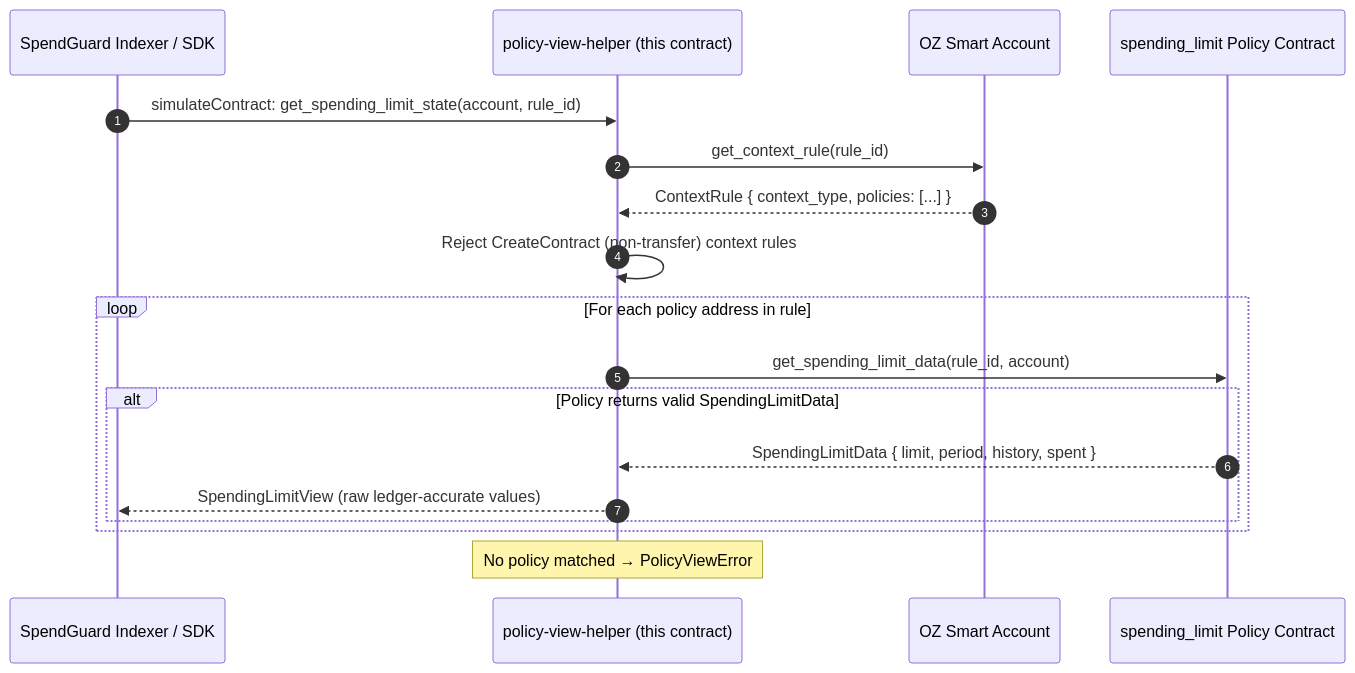
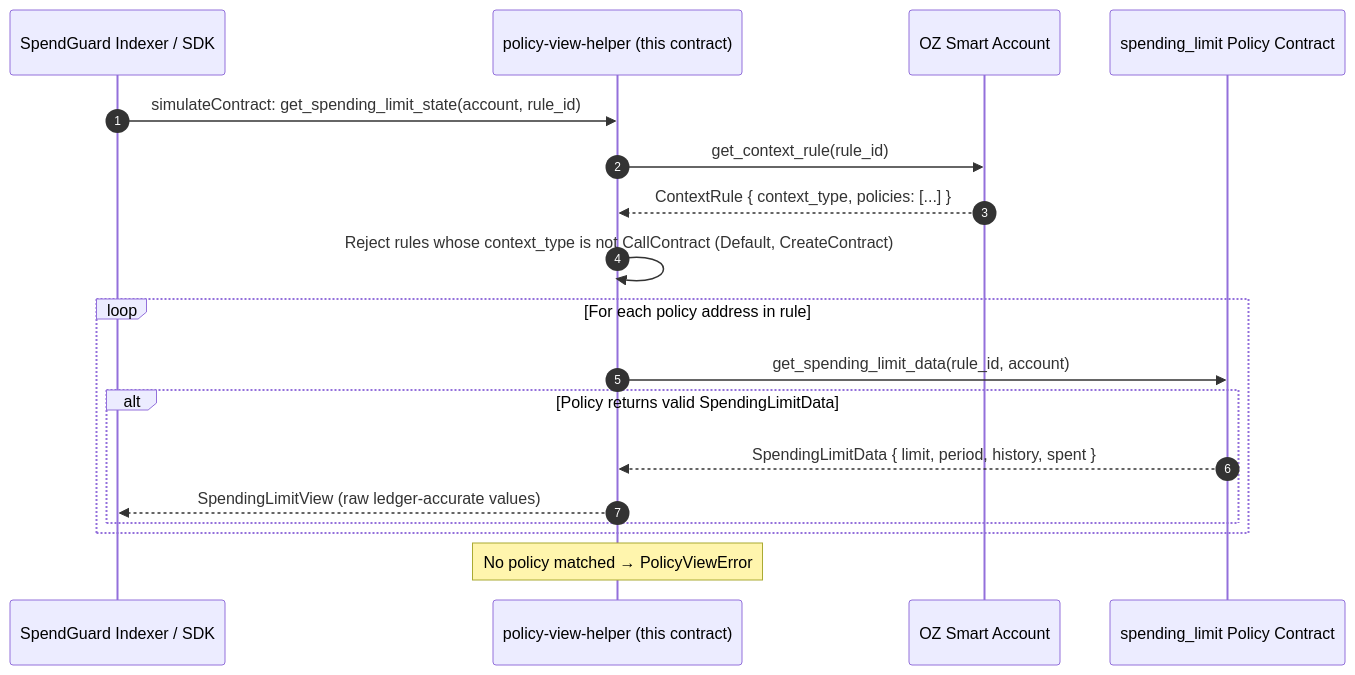
Before and after one commit to Spendguard/spendguard-contract: the diagram in README.md, drawn with Mermaid. The commit also changed 2 other files, not shown here.

Commit message:
fix(helper): reject every non-CallContract context rule, not just CreateContract (#2)
The guard was `!is_call_contract && is_create_contract`, so a Default rule
matched neither clause and fell through to the policy loop. With a
spending_limit policy attached it returned a view for a context the policy
can never gate; without one it reported NoSpendingLimitPolicyInstalled,
which points at the wrong problem.

Now any context_type other than CallContract returns UnsupportedContextType
before a policy is consulted — matching what error code 3 already claimed.

The regression test attaches a mock spending-limit policy to a Default rule
and asserts the call errors; that setup returns Ok under the old guard, so
the test fails without the fix.

````diff
--- a/README.md
+++ b/README.md
@@ -52,21 +52,21 @@
 ```mermaid
 sequenceDiagram
     autonumber
     participant IX as SpendGuard Indexer / SDK
     participant VH as policy-view-helper (this contract)
     participant SA as OZ Smart Account
     participant PL as spending_limit Policy Contract
 
     IX->>VH: simulateContract: get_spending_limit_state(account, rule_id)
     VH->>SA: get_context_rule(rule_id)
     SA-->>VH: ContextRule { context_type, policies: [...] }
-    VH->>VH: Reject CreateContract (non-transfer) context rules
+    VH->>VH: Reject rules whose context_type is not CallContract (Default, CreateContract)
     loop For each policy address in rule
         VH->>PL: get_spending_limit_data(rule_id, account)
         alt Policy returns valid SpendingLimitData
             PL-->>VH: SpendingLimitData { limit, period, history, spent }
             VH-->>IX: SpendingLimitView (raw ledger-accurate values)
         end
     end
     Note over VH: No policy matched → PolicyViewError
 ```
````
